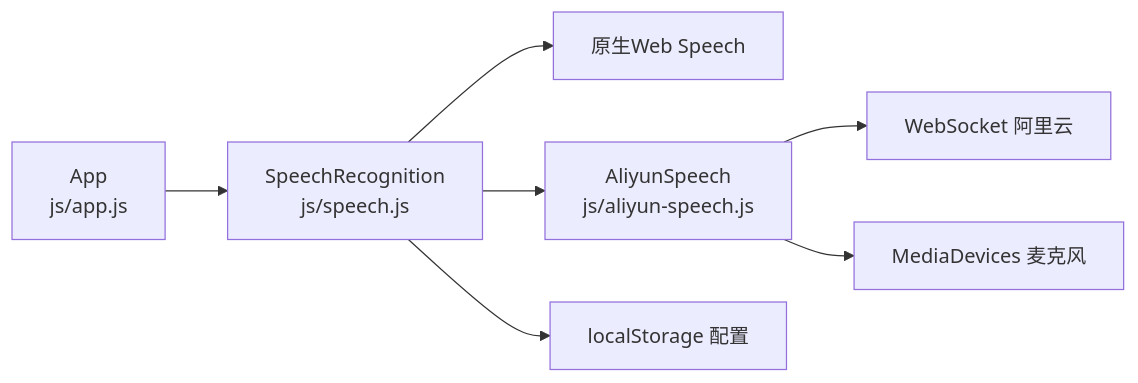
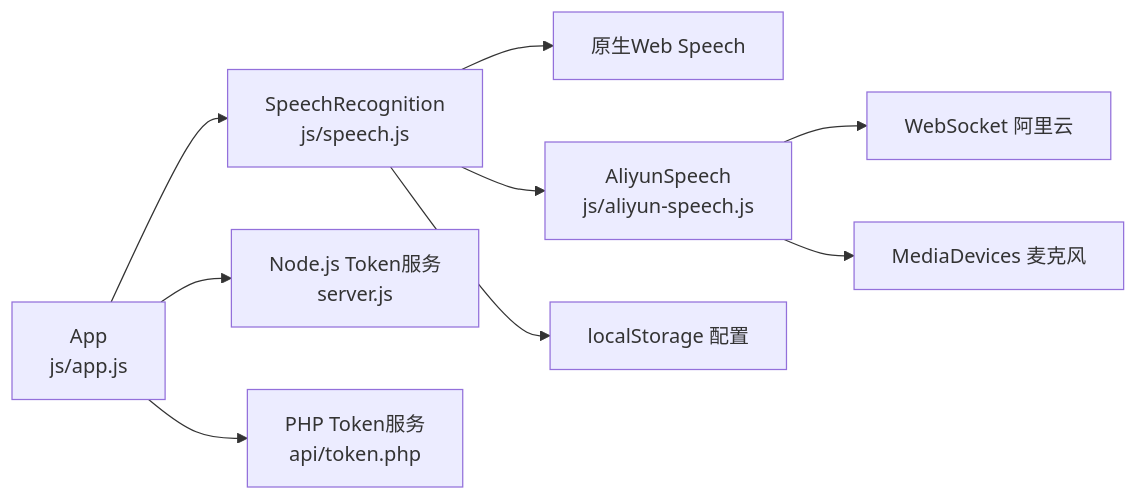
The sixth of 6 diagrams in .qoder/repowiki/zh/content/语音识别模块详解/错误处理与恢复.md (db300/MySpeechRecognition), drawn with Mermaid before and after one commit. The commit also changed other lines of this file and 26 other files, not shown here.

````diff
--- a/.qoder/repowiki/zh/content/语音识别模块详解/错误处理与恢复.md
+++ b/.qoder/repowiki/zh/content/语音识别模块详解/错误处理与恢复.md
@@ -247,9 +330,11 @@
 ```mermaid
 graph LR
 APP["App<br/>js/app.js"] --> SR["SpeechRecognition<br/>js/speech.js"]
 SR --> NATIVE["原生Web Speech"]
-SR --> XR["AliyunSpeech<br/>js/aliyun-speech.js"]
-XR --> WS["WebSocket 阿里云"]
-XR --> MIC["MediaDevices 麦克风"]
+SR --> AS["AliyunSpeech<br/>js/aliyun-speech.js"]
+AS --> WS["WebSocket 阿里云"]
+AS --> MIC["MediaDevices 麦克风"]
+APP --> NODE["Node.js Token服务<br/>server.js"]
+APP --> PHP["PHP Token服务<br/>api/token.php"]
 SR --> LS["localStorage 配置"]
 ```
````
